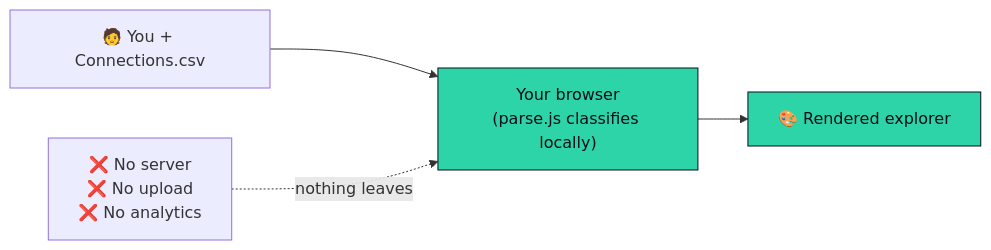
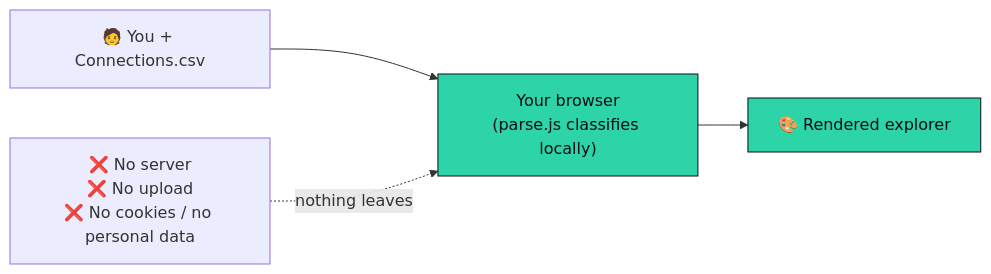
One commit to sanket-k/linkedin-view-my-netwrok changed the first of 5 diagrams in README.md. Above: the diagram before and after it, drawn with Mermaid. The commit also changed other lines of this file and 3 other files, not shown here.

````diff
--- a/README.md
+++ b/README.md
@@ -56,8 +56,8 @@
 ```mermaid
 flowchart LR
     You["🧑 You + Connections.csv"] --> Browser["Your browser<br/>(parse.js classifies locally)"]
     Browser --> You2["🎨 Rendered explorer"]
-    Server["❌ No server<br/>❌ No upload<br/>❌ No analytics"] .->|nothing leaves| Browser
+    Server["❌ No server<br/>❌ No upload<br/>❌ No cookies / no personal data"] .->|nothing leaves| Browser
     classDef safe fill:#2dd4a7,stroke:#0a0e1a,color:#0a0e1a;
     class Browser,You2 safe;
 ```
````
